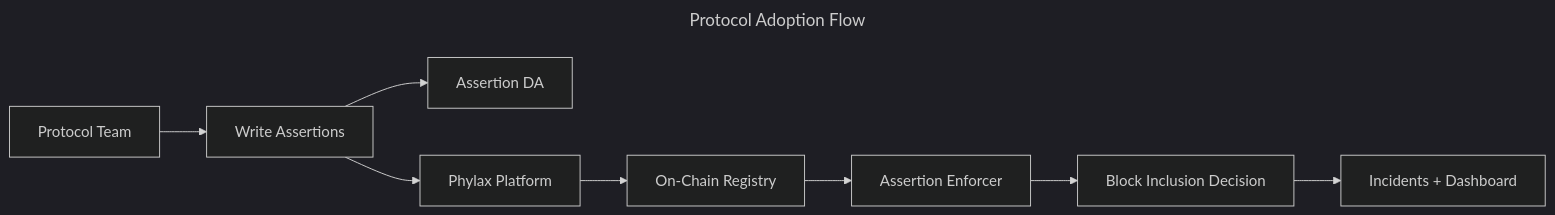
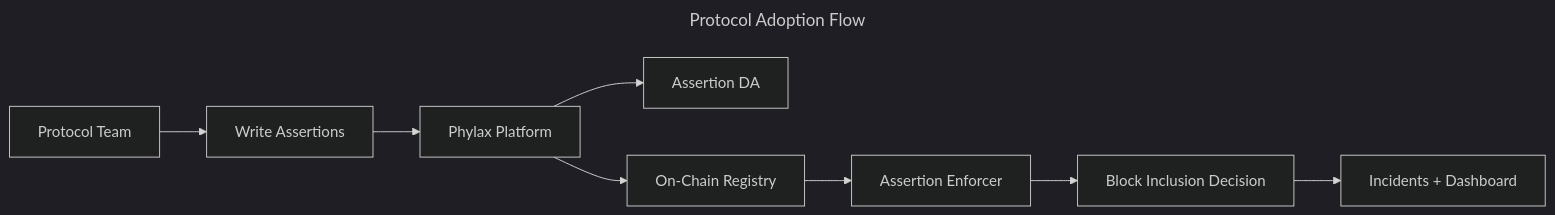
The diagram in credible/dapp-integration.mdx (phylaxsystems/phylax-docs), drawn with Mermaid (dark theme) before and after one commit. The commit also changed 2 other files, not shown here.

Commit message:
fix docs workflow review issues

````diff
--- a/credible/dapp-integration.mdx
+++ b/credible/dapp-integration.mdx
@@ -24,13 +24,13 @@
 ```mermaid
 ---
 title: Protocol Adoption Flow
 ---
 flowchart LR
   Dev[Protocol Team] --> Assertion[Write Assertions]
-  Assertion --> DA[Assertion DA]
   Assertion --> Platform[Phylax Platform]
+  Platform --> DA[Assertion DA]
   Platform --> Registry[On-Chain Registry]
   Registry --> Enforcer[Assertion Enforcer]
   Enforcer --> Outcome[Block Inclusion Decision]
   Outcome --> Incidents[Incidents + Dashboard]
 ```
````
